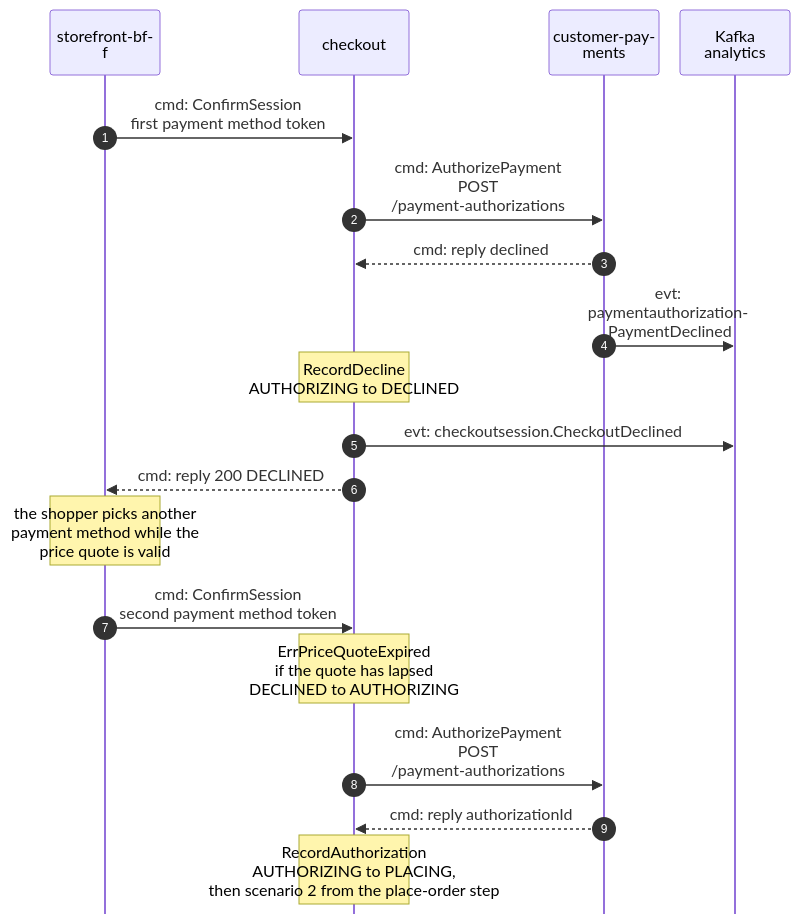
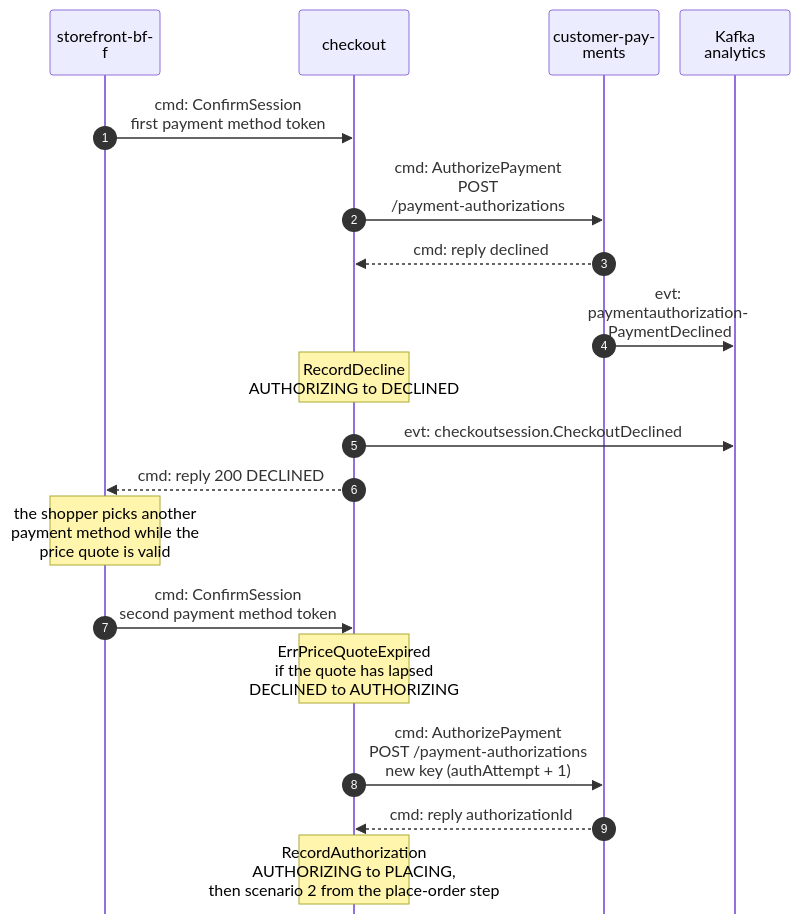
One commit to IQVO/warehouse-docs changed the third of 5 diagrams in storefront/docs/contexts/checkout/domain-message-flow.md. Above: the diagram before and after it, drawn with Mermaid. The commit also changed other lines of this file and 8 other files, not shown here.

Commit message:
docs(storefront): checkout pack and model follow the repo (422 price-quote-expired, no confirm re-check, authAttempt 0, first-only in-doubt event, mismatch -> DECLINED + void-pending)

````diff
--- a/storefront/docs/contexts/checkout/domain-message-flow.md
+++ b/storefront/docs/contexts/checkout/domain-message-flow.md
@@ -105,22 +107,22 @@
 ```mermaid
 %%{init: {"sequence": {"wrap": true, "width": 110, "actorMargin": 12, "messageMargin": 28, "boxMargin": 6, "noteMargin": 6, "mirrorActors": false}}}%%
 sequenceDiagram
     autonumber
     participant BFF as storefront-bff
     participant CK as checkout
     participant CP as customer-payments
     participant K as Kafka analytics
     BFF->>CK: cmd: ConfirmSession<br/>first payment method token
     CK->>CP: cmd: AuthorizePayment<br/>POST /payment-authorizations
     CP-->>CK: cmd: reply declined
     CP->>K: evt: paymentauthorization.PaymentDeclined
     Note over CK: RecordDecline<br/>AUTHORIZING to DECLINED
     CK->>K: evt: checkoutsession.CheckoutDeclined
     CK-->>BFF: cmd: reply 200 DECLINED
     Note over BFF: the shopper picks another<br/>payment method while the<br/>price quote is valid
     BFF->>CK: cmd: ConfirmSession<br/>second payment method token
     Note over CK: ErrPriceQuoteExpired<br/>if the quote has lapsed<br/>DECLINED to AUTHORIZING
-    CK->>CP: cmd: AuthorizePayment<br/>POST /payment-authorizations
+    CK->>CP: cmd: AuthorizePayment<br/>POST /payment-authorizations<br/>new key (authAttempt + 1)
     CP-->>CK: cmd: reply authorizationId
     Note over CK: RecordAuthorization<br/>AUTHORIZING to PLACING,<br/>then scenario 2 from the place-order step
 ```
````
